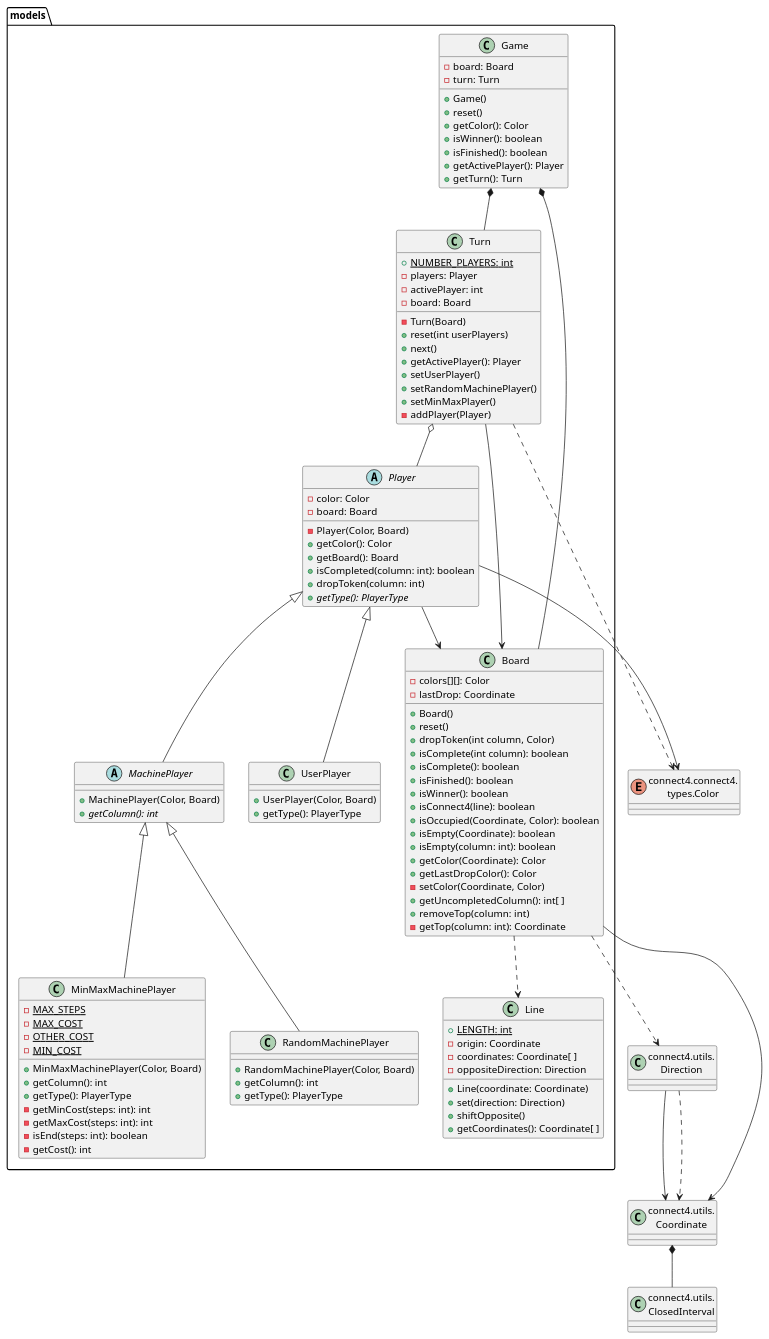
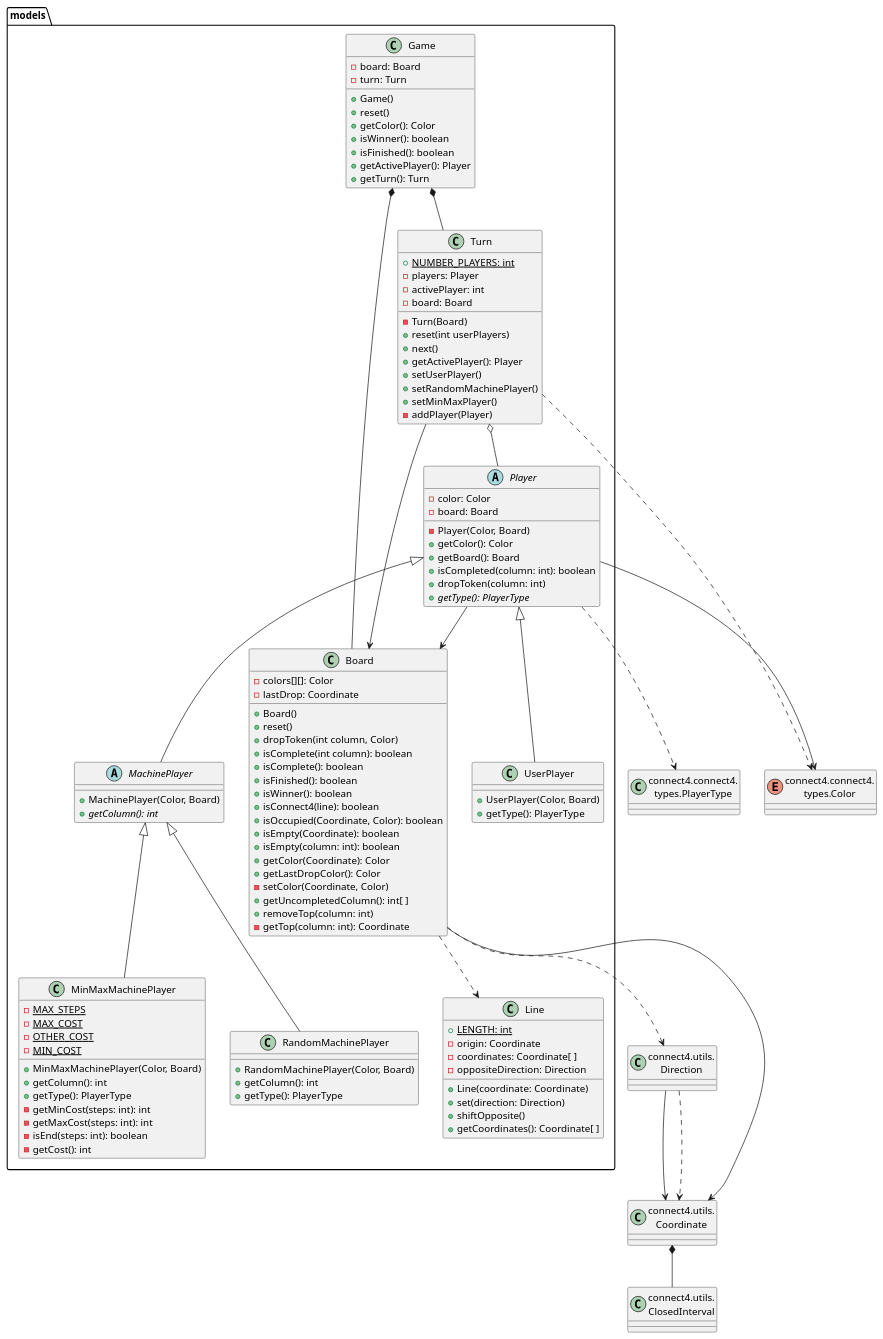
Before and after one commit to js-rom/connect4: the diagram in connect4/Docs/diagrams/src/packages/connect4.connect4.models.plantuml, drawn with PlantUML.

Commit message:
docs(fix): fix at model diagram

```diff
--- a/connect4/Docs/diagrams/src/packages/connect4.connect4.models.plantuml
+++ b/connect4/Docs/diagrams/src/packages/connect4.connect4.models.plantuml
@@ -1,122 +1,124 @@
 @startuml connect4.connect4.models
 
 class models.Game
 class models.Board
 class models.Turn
 class models.Line
 abstract class models.Player
 class models.UserPlayer
 abstract class models.MachinePlayer
 class models.RandomMachinePlayer
 class models.MinMaxMachinePlayer
 
 Game *-- Board
 Game *-- Turn
 Turn --> Board
 Turn o-- Player
 Player --> Board
 Player <|-- UserPlayer
 Player <|-- MachinePlayer
 MachinePlayer <|-- RandomMachinePlayer
 MachinePlayer <|-- MinMaxMachinePlayer
 Board ..> Line
 
 enum Color as "connect4.connect4.\ntypes.Color"
 class Direction as "connect4.utils.\nDirection"
 class Coordinate as "connect4.utils.\nCoordinate"
 class Coordinate as "connect4.utils.\nCoordinate"
 class ClosedInterval as "connect4.utils.\nClosedInterval"
+class PlayerType as "connect4.connect4.\ntypes.PlayerType"
 
+Player ..> PlayerType
 Turn ..> Color
 Player --> Color
 Board --> Coordinate
 Board ..> Direction
 Direction --> Coordinate
 Direction ..> Coordinate
 Coordinate *-- ClosedInterval
 
 Game : -board: Board
 Game : -turn: Turn
 Game : +Game()
 Game : +reset()
 Game : +getColor(): Color
 Game : +isWinner(): boolean
 Game : +isFinished(): boolean
 Game : +getActivePlayer(): Player
 Game : +getTurn(): Turn
 
 Turn : {static} +NUMBER_PLAYERS: int
 Turn : -players: Player
 Turn : -activePlayer: int
 Turn : -board: Board
 Turn : -Turn(Board)
 Turn : +reset(int userPlayers)
 Turn : +next()
 Turn : +getActivePlayer(): Player
 Turn : +setUserPlayer()
 Turn : +setRandomMachinePlayer()
 Turn : +setMinMaxPlayer()
 Turn : -addPlayer(Player)
 
 Player : -color: Color
 Player : -board: Board
 Player : -Player(Color, Board)
 Player : +getColor(): Color
 Player : +getBoard(): Board
 Player : +isCompleted(column: int): boolean
 Player : +dropToken(column: int)
 Player : +{abstract}getType(): PlayerType
 
 UserPlayer : +UserPlayer(Color, Board)
 UserPlayer : +getType(): PlayerType
 
 MachinePlayer : +MachinePlayer(Color, Board)
 MachinePlayer : +{abstract}getColumn(): int
 
 RandomMachinePlayer : +RandomMachinePlayer(Color, Board)
 RandomMachinePlayer : +getColumn(): int
 RandomMachinePlayer : +getType(): PlayerType
 
 MinMaxMachinePlayer : {static} -MAX_STEPS
 MinMaxMachinePlayer : {static} -MAX_COST
 MinMaxMachinePlayer : {static} -OTHER_COST
 MinMaxMachinePlayer : {static} -MIN_COST
 MinMaxMachinePlayer : +MinMaxMachinePlayer(Color, Board)
 MinMaxMachinePlayer : +getColumn(): int
 MinMaxMachinePlayer : +getType(): PlayerType
 MinMaxMachinePlayer : -getMinCost(steps: int): int
 MinMaxMachinePlayer : -getMaxCost(steps: int): int
 MinMaxMachinePlayer : -isEnd(steps: int): boolean
 MinMaxMachinePlayer : -getCost(): int
 
 Board : -colors[][]: Color
 Board : -lastDrop: Coordinate
 Board : +Board()
 Board : +reset()
 Board : +dropToken(int column, Color)
 Board : +isComplete(int column): boolean
 Board : +isComplete(): boolean
 Board : +isFinished(): boolean
 Board : +isWinner(): boolean
 Board : +isConnect4(line): boolean
 Board : +isOccupied(Coordinate, Color): boolean
 Board : +isEmpty(Coordinate): boolean
 Board : +isEmpty(column: int): boolean
 Board : +getColor(Coordinate): Color
 Board : +getLastDropColor(): Color
 Board : -setColor(Coordinate, Color)
 Board : +getUncompletedColumn(): int[ ]
 Board : +removeTop(column: int)
 Board : -getTop(column: int): Coordinate
 
 
 Line : {static} +LENGTH: int
 Line : -origin: Coordinate
 Line : -coordinates: Coordinate[ ]
 Line : -oppositeDirection: Direction
 Line : +Line(coordinate: Coordinate)
 Line : +set(direction: Direction)
 Line : +shiftOpposite()
 Line : +getCoordinates(): Coordinate[ ]
 
 @enduml
```
